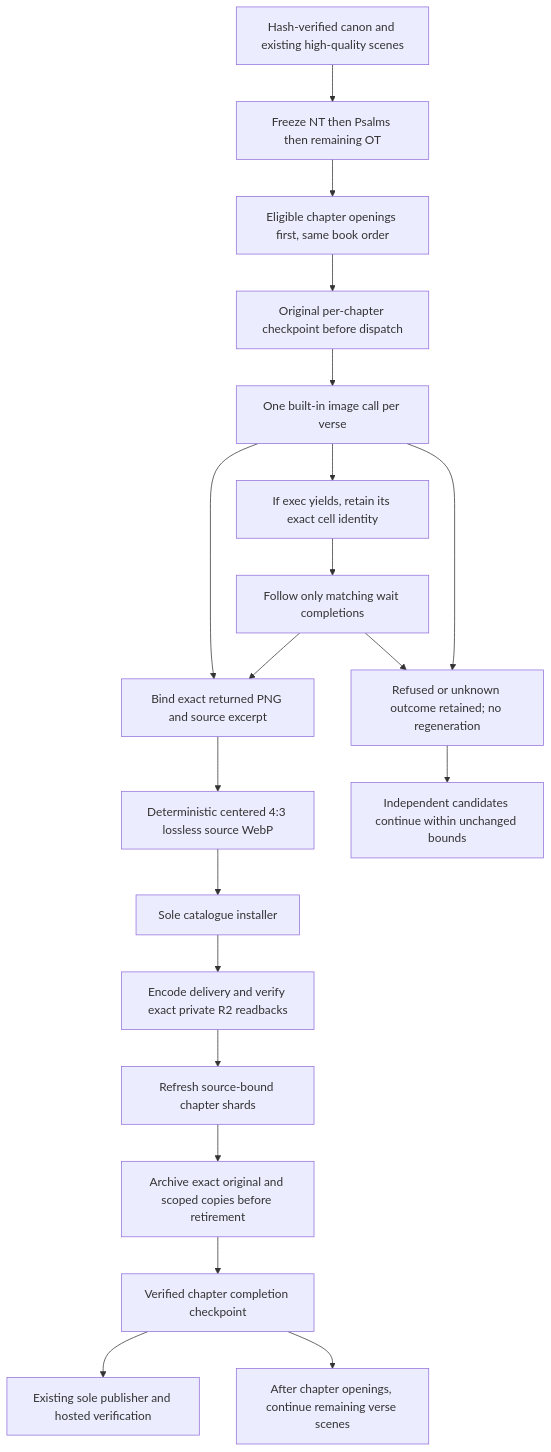
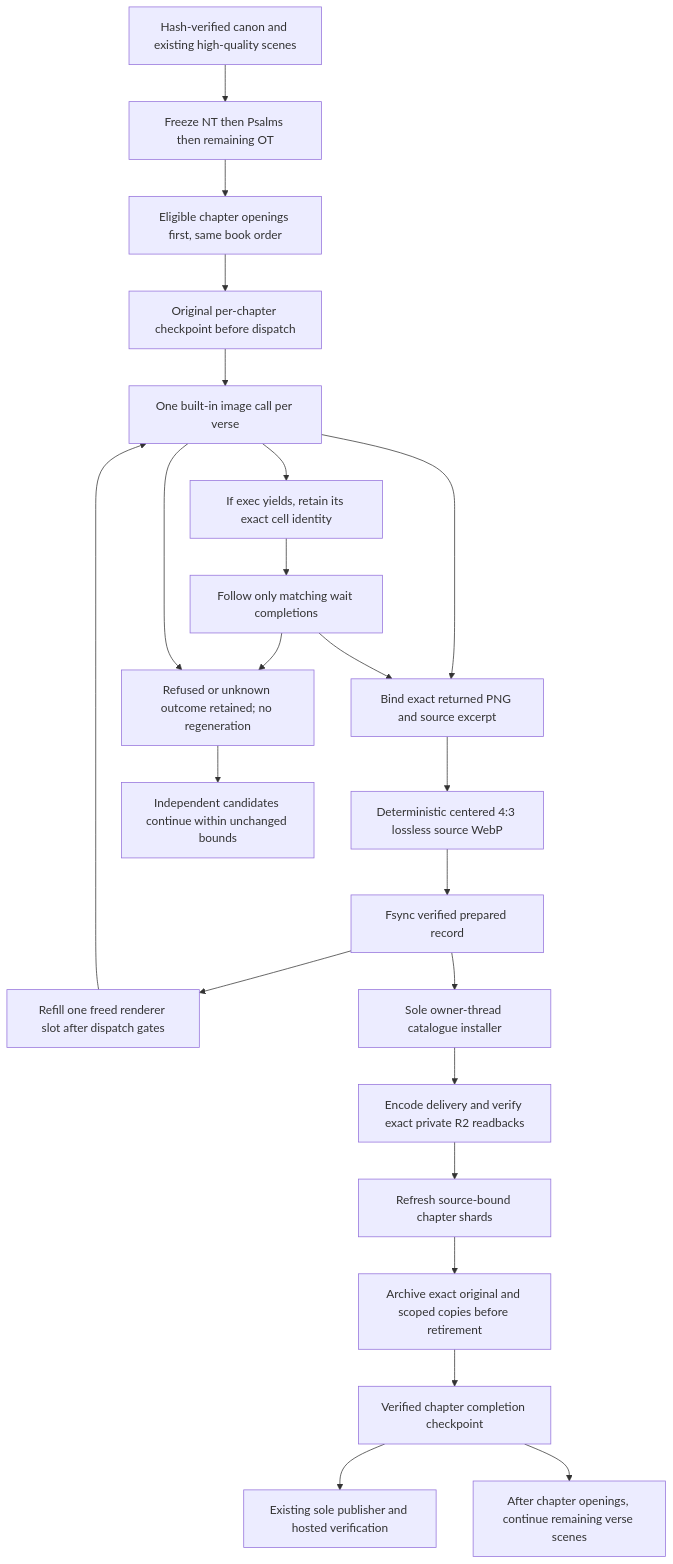
One commit to loveJesus/visual-biblical-language-reader-chirho changed the diagram in spec-chirho/workflows-chirho/scene-upgrades-chirho.md. Above: the diagram before and after it, drawn with Mermaid. The commit also changed other lines of this file and 6 other files, not shown here.

First line of the commit message:
Publish bounded renderer lookahead and archive-frontier recovery chirho

````diff
--- a/spec-chirho/workflows-chirho/scene-upgrades-chirho.md
+++ b/spec-chirho/workflows-chirho/scene-upgrades-chirho.md
@@ -7,22 +7,25 @@
 ```mermaid
 flowchart TD
   source_chirho[Hash-verified canon and existing high-quality scenes] --> inventory_chirho[Freeze NT then Psalms then remaining OT]
   inventory_chirho --> priority_chirho[Eligible chapter openings first, same book order]
   priority_chirho --> reserve_chirho[Original per-chapter checkpoint before dispatch]
   reserve_chirho --> artist_chirho[One built-in image call per verse]
   artist_chirho --> original_chirho[Bind exact returned PNG and source excerpt]
   artist_chirho --> async_chirho[If exec yields, retain its exact cell identity]
   async_chirho --> wait_chirho[Follow only matching wait completions]
   wait_chirho --> original_chirho
   wait_chirho --> hold_chirho
   artist_chirho --> hold_chirho[Refused or unknown outcome retained; no regeneration]
   original_chirho --> convert_chirho[Deterministic centered 4:3 lossless source WebP]
-  convert_chirho --> install_chirho[Sole catalogue installer]
+  convert_chirho --> prepared_chirho[Fsync verified prepared record]
+  prepared_chirho --> refill_chirho[Refill one freed renderer slot after dispatch gates]
+  refill_chirho --> artist_chirho
+  prepared_chirho --> install_chirho[Sole owner-thread catalogue installer]
   install_chirho --> archive_chirho[Encode delivery and verify exact private R2 readbacks]
   archive_chirho --> shards_chirho[Refresh source-bound chapter shards]
   shards_chirho --> retire_chirho[Archive exact original and scoped copies before retirement]
   retire_chirho --> checkpoint_chirho[Verified chapter completion checkpoint]
   checkpoint_chirho --> publisher_chirho[Existing sole publisher and hosted verification]
   checkpoint_chirho --> remaining_chirho[After chapter openings, continue remaining verse scenes]
   hold_chirho --> next_chirho[Independent candidates continue within unchanged bounds]
 ```
````
